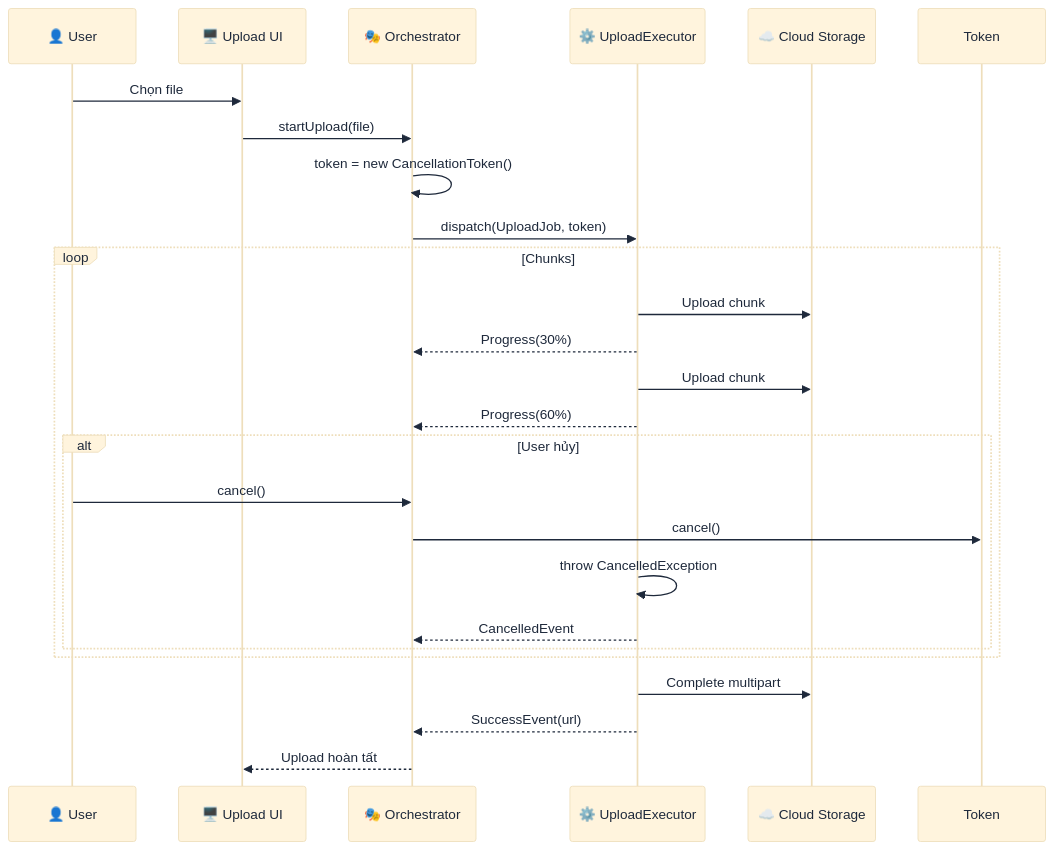
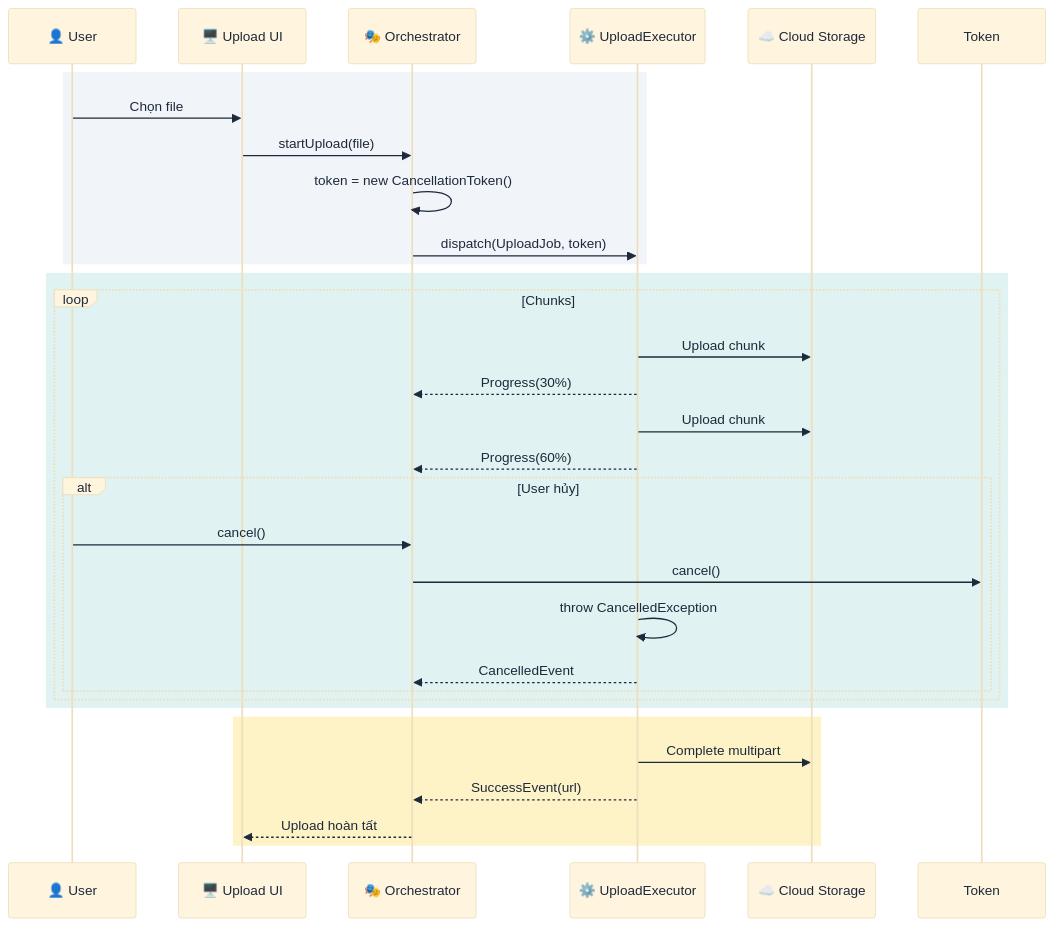
One commit to lploc94/flutter_orchestrator changed the fourth of 12 diagrams in book/vi/chapters/06_case_study.md. Above: the diagram before and after it, drawn with Mermaid. The commit also changed other lines of this file and 5 other files, not shown here.

First line of the commit message:
docs(book): finalize beautification of all Mermaid diagrams

````diff
--- a/book/vi/chapters/06_case_study.md
+++ b/book/vi/chapters/06_case_study.md
@@ -133,32 +134,38 @@
 ```mermaid
 %%{init: {'theme': 'base', 'themeVariables': { 'primaryTextColor': '#1e293b', 'noteTextColor': '#1e293b', 'actorTextColor': '#1e293b' }}}%%
 sequenceDiagram
     participant User as 👤 User
     participant UI as 🖥️ Upload UI
     participant Orch as 🎭 Orchestrator
     participant Exec as ⚙️ UploadExecutor
     participant S3 as ☁️ Cloud Storage
     
-    User->>UI: Chọn file
-    UI->>Orch: startUpload(file)
-    Orch->>Orch: token = new CancellationToken()
-    Orch->>Exec: dispatch(UploadJob, token)
+    rect rgb(241, 245, 249)
+        User->>UI: Chọn file
+        UI->>Orch: startUpload(file)
+        Orch->>Orch: token = new CancellationToken()
+        Orch->>Exec: dispatch(UploadJob, token)
+    end
     
-    loop Chunks
-        Exec->>S3: Upload chunk
-        Exec-->>Orch: Progress(30%)
-        Exec->>S3: Upload chunk
-        Exec-->>Orch: Progress(60%)
-        
-        alt User hủy
-            User->>Orch: cancel()
-            Orch->>Token: cancel()
-            Exec->>Exec: throw CancelledException
-            Exec-->>Orch: CancelledEvent
+    rect rgb(224, 242, 241)
+        loop Chunks
+            Exec->>S3: Upload chunk
+            Exec-->>Orch: Progress(30%)
+            Exec->>S3: Upload chunk
+            Exec-->>Orch: Progress(60%)
+            
+            alt User hủy
+                User->>Orch: cancel()
+                Orch->>Token: cancel()
+                Exec->>Exec: throw CancelledException
+                Exec-->>Orch: CancelledEvent
+            end
         end
     end
     
-    Exec->>S3: Complete multipart
-    Exec-->>Orch: SuccessEvent(url)
-    Orch-->>UI: Upload hoàn tất
+    rect rgb(254, 243, 199)
+        Exec->>S3: Complete multipart
+        Exec-->>Orch: SuccessEvent(url)
+        Orch-->>UI: Upload hoàn tất
+    end
 ```
````
